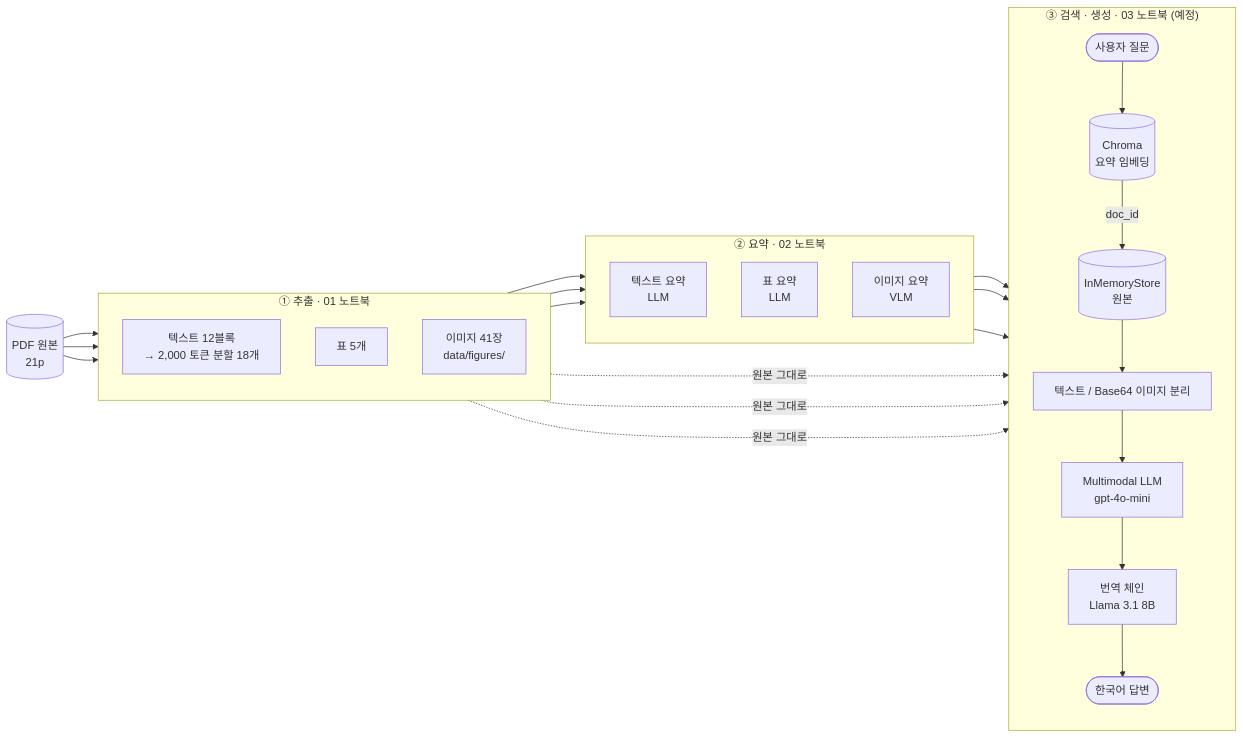
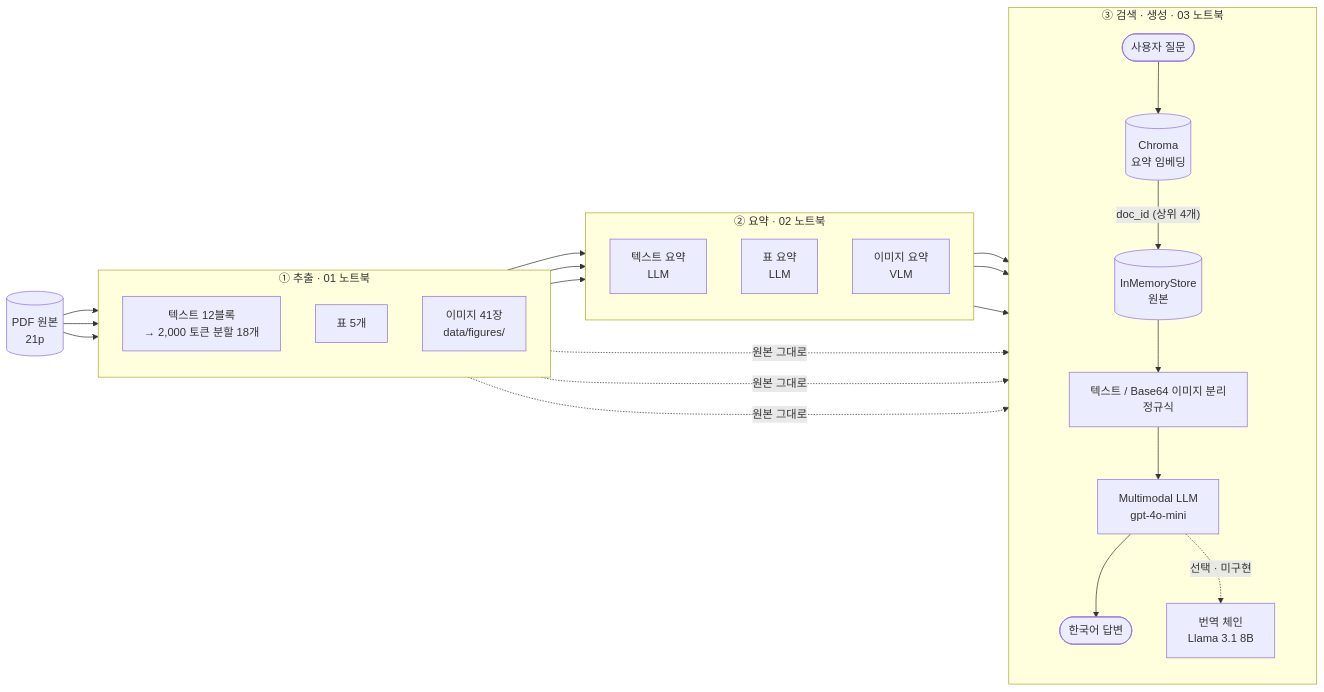
One commit to daui1727/hy-multimodal-rag changed the diagram in README.md. Above: the diagram before and after it, drawn with Mermaid. The commit also changed other lines of this file, not shown here.

````diff
--- a/README.md
+++ b/README.md
@@ -29,37 +30,37 @@
 ```mermaid
 flowchart LR
     PDF[(PDF 원본<br/>21p)]
 
     subgraph S1["① 추출 · 01 노트북"]
         direction TB
         T[텍스트 12블록<br/>→ 2,000 토큰 분할 18개]
         TB[표 5개]
         IMG[이미지 41장<br/>data/figures/]
     end
 
     subgraph S2["② 요약 · 02 노트북"]
         direction TB
         TS[텍스트 요약<br/>LLM]
         TBS[표 요약<br/>LLM]
         IS[이미지 요약<br/>VLM]
     end
 
-    subgraph S3["③ 검색 · 생성 · 03 노트북 (예정)"]
+    subgraph S3["③ 검색 · 생성 · 03 노트북"]
         direction TB
         VS[(Chroma<br/>요약 임베딩)]
         DS[(InMemoryStore<br/>원본)]
         Q([사용자 질문]) --> VS
-        VS -- doc_id --> DS
-        DS --> SP[텍스트 / Base64 이미지 분리]
+        VS -- "doc_id (상위 4개)" --> DS
+        DS --> SP[텍스트 / Base64 이미지 분리<br/>정규식]
         SP --> LLM[Multimodal LLM<br/>gpt-4o-mini]
-        LLM --> TR[번역 체인<br/>Llama 3.1 8B]
-        TR --> A([한국어 답변])
+        LLM --> A([한국어 답변])
+        LLM -. 선택 · 미구현 .-> TR[번역 체인<br/>Llama 3.1 8B]
     end
 
     PDF --> T & TB & IMG
     T --> TS
     TB --> TBS
     IMG --> IS
     TS & TBS & IS --> VS
     T & TB & IMG -. 원본 그대로 .-> DS
 ```
````
